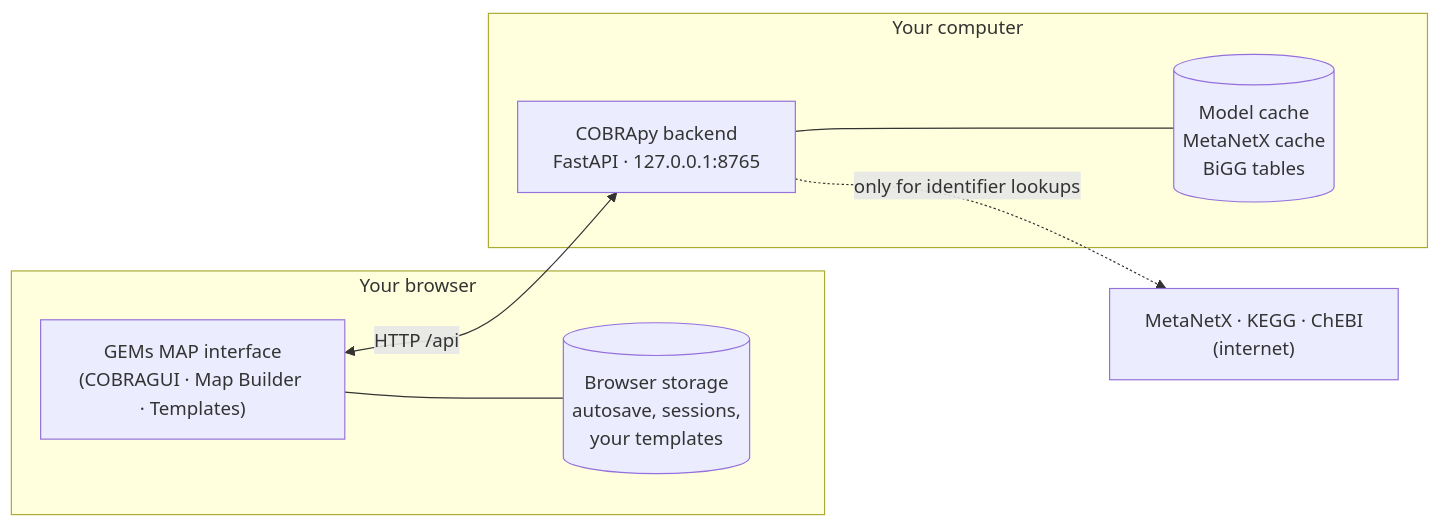
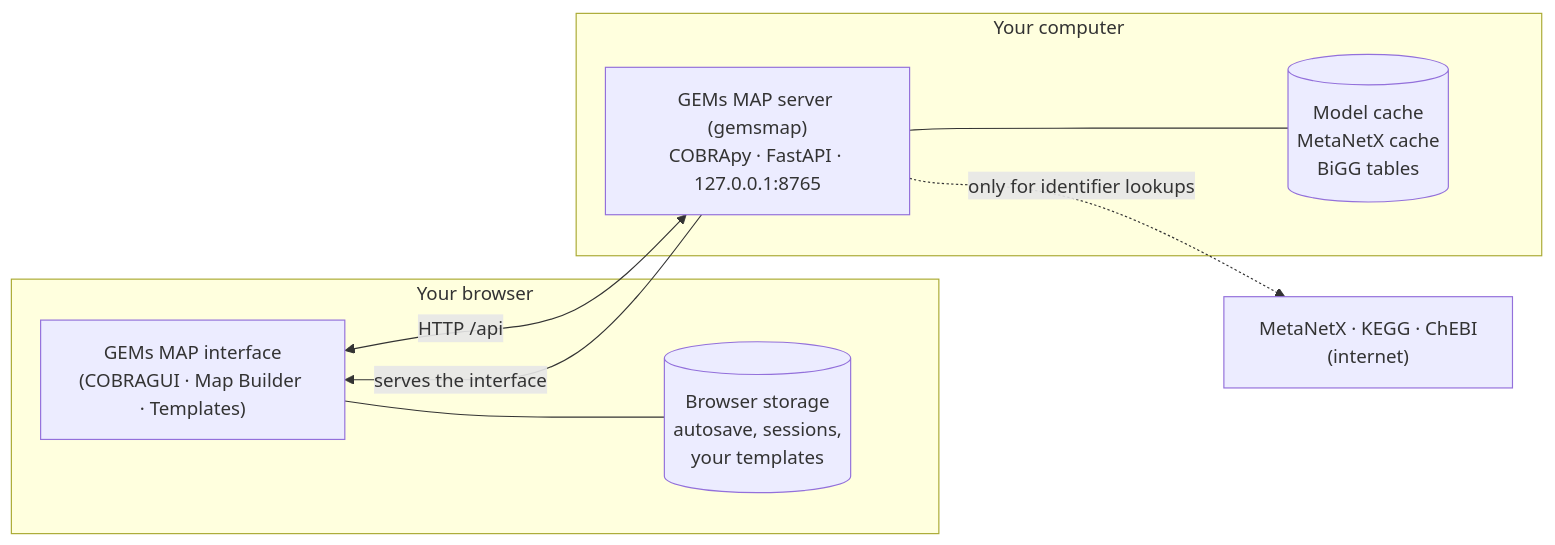
One commit to BatistaB/gemsmap changed the diagram in docs/getting-started/index.md. Above: the diagram before and after it, drawn with Mermaid. The commit also changed other lines of this file and 4 other files, not shown here.

````diff
--- a/docs/getting-started/index.md
+++ b/docs/getting-started/index.md
@@ -19,15 +19,16 @@
 ```mermaid
 flowchart LR
     subgraph Browser["Your browser"]
         UI["GEMs MAP interface<br/>(COBRAGUI · Map Builder · Templates)"]
         ST[("Browser storage<br/>autosave, sessions,<br/>your templates")]
     end
     subgraph Local["Your computer"]
-        BE["COBRApy backend<br/>FastAPI · 127.0.0.1:8765"]
+        BE["GEMs MAP server (gemsmap)<br/>COBRApy · FastAPI · 127.0.0.1:8765"]
         CA[("Model cache<br/>MetaNetX cache<br/>BiGG tables")]
     end
+    BE -->|"serves the interface"| UI
     UI <-->|"HTTP /api"| BE
     UI --- ST
     BE --- CA
     BE -.->|"only for identifier lookups"| NET["MetaNetX · KEGG · ChEBI<br/>(internet)"]
 ```
````
